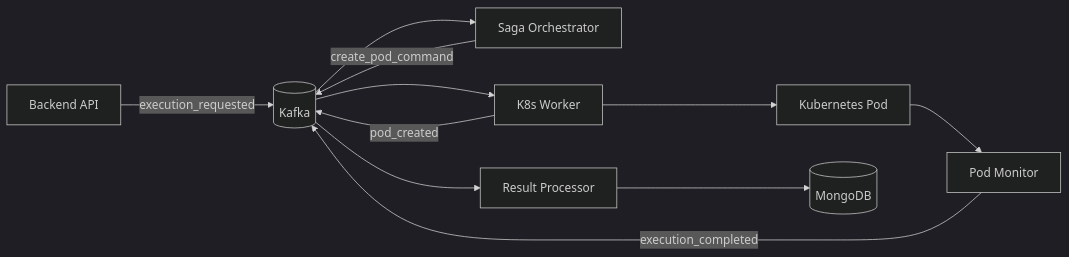
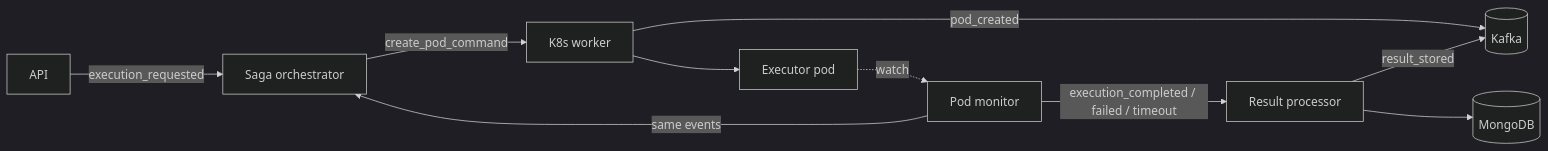
One commit to HardMax71/Integr8sCode changed the diagram in docs/components/workers/index.md. Above: the diagram before and after it, drawn with Mermaid (dark theme). The commit also changed other lines of this file and 304 other files, not shown here.

````diff
--- a/docs/components/workers/index.md
+++ b/docs/components/workers/index.md
@@ -10,13 +7,12 @@
 ```mermaid
 graph LR
-    API[Backend API] -->|execution_requested| Kafka[(Kafka)]
-    Kafka --> Saga[Saga Orchestrator]
-    Saga -->|create_pod_command| Kafka
-    Kafka --> K8s[K8s Worker]
-    K8s -->|pod_created| Kafka
-    K8s --> Pod[Kubernetes Pod]
-    Pod --> PodMon[Pod Monitor]
-    PodMon -->|execution_completed| Kafka
-    Kafka --> Result[Result Processor]
+    API[API] -->|execution_requested| Saga[Saga orchestrator]
+    Saga -->|create_pod_command| K8s[K8s worker]
+    K8s -->|pod_created| Kafka[(Kafka)]
+    K8s --> Pod[Executor pod]
+    Pod -.watch.-> PodMon[Pod monitor]
+    PodMon -->|execution_completed / failed / timeout| Result[Result processor]
+    PodMon -->|same events| Saga
+    Result -->|result_stored| Kafka
     Result --> Mongo[(MongoDB)]
 ```
````
